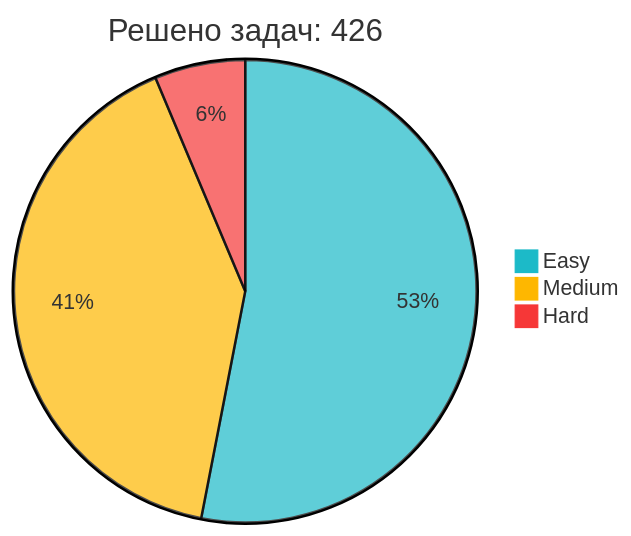
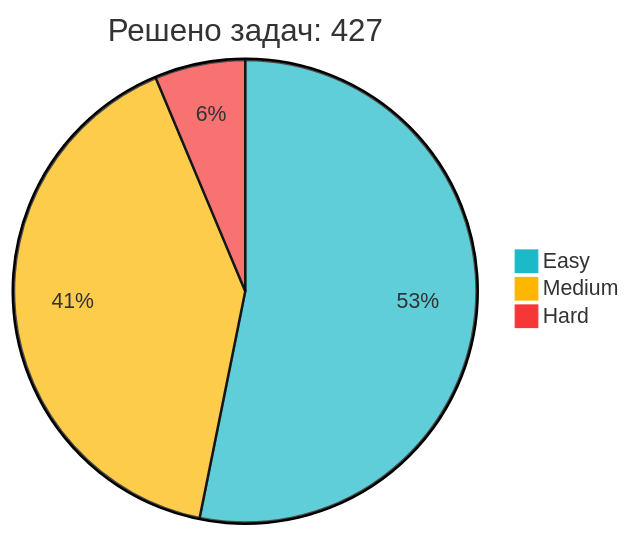
One commit to IliaKurdukov/IliaKurdukov changed the diagram in README.md. Above: the diagram before and after it, drawn with Mermaid. The commit also changed other lines of this file, not shown here.

Commit message:
📈 Обновление статистики LeetCode

````diff
--- a/README.md
+++ b/README.md
@@ -51,7 +51,7 @@
 ```mermaid
 %%{init: {'theme': 'base', 'themeVariables': { 'pie1': '#1CBAC8', 'pie2': '#FEB700', 'pie3': '#F63737' }, 'config': {'width': 300, 'height': 200}}}%%
-pie title Решено задач: 426
-   "Easy" : 226
+pie title Решено задач: 427
+   "Easy" : 227
    "Medium" : 173
    "Hard" : 27
 ```
````
